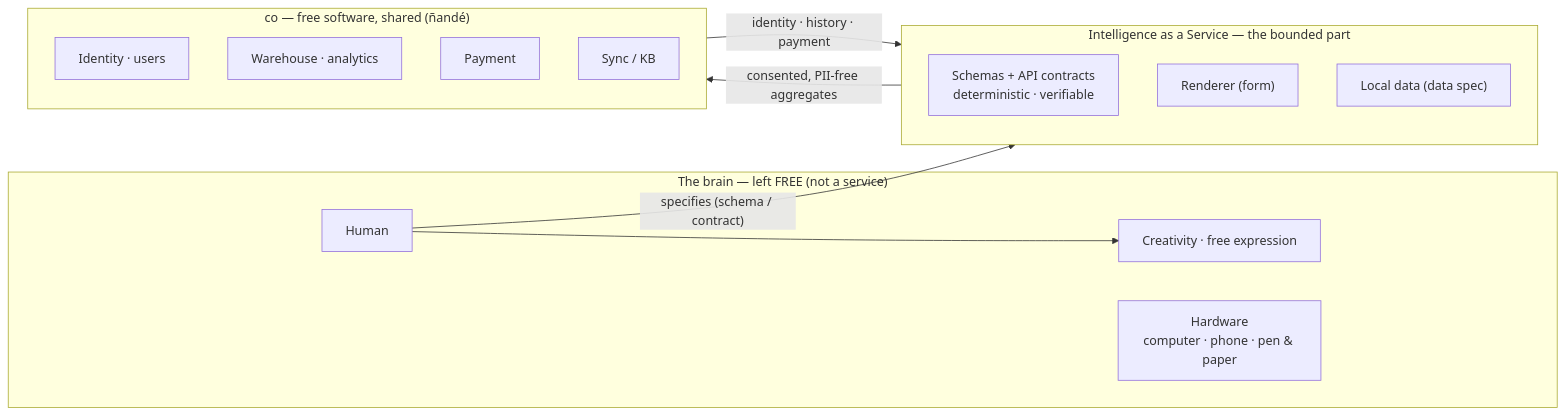
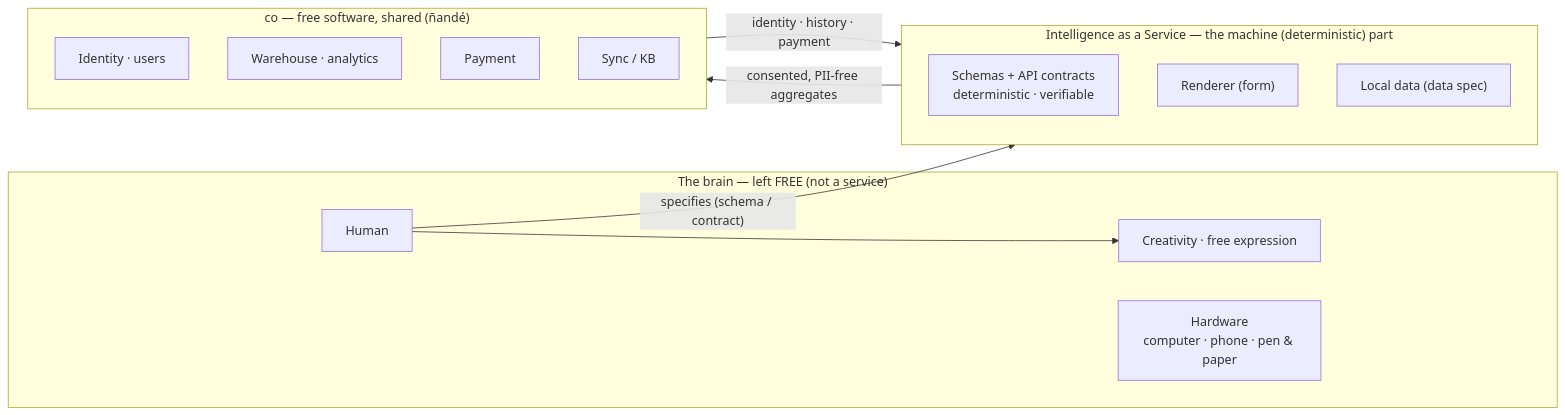
The first of 6 diagrams in docs/intelligence-as-a-service.en.md (artelonga/ArteLonga), drawn with Mermaid before and after one commit. The commit also changed other lines of this file and 4 other files, not shown here.

````diff
--- a/docs/intelligence-as-a-service.en.md
+++ b/docs/intelligence-as-a-service.en.md
@@ -26,23 +26,23 @@
 ```mermaid
 flowchart LR
   subgraph Free["The brain — left FREE (not a service)"]
     H["Human"]
     CR["Creativity · free expression"]
     HW["Hardware<br/>computer · phone · pen & paper"]
   end
-  subgraph Service["Intelligence as a Service — the bounded part"]
+  subgraph Service["Intelligence as a Service — the machine (deterministic) part"]
     SCH["Schemas + API contracts<br/>deterministic · verifiable"]
     R["Renderer (form)"]
     D["Local data (data spec)"]
   end
   subgraph Platform["co — free software, shared (ñandé)"]
     ID["Identity · users"]
     WH["Warehouse · analytics"]
     PAY["Payment"]
     SYNC["Sync / KB"]
   end
   H --> CR
   H -->|"specifies (schema / contract)"| Service
   Service -->|"consented, PII-free aggregates"| Platform
   Platform -->|"identity · history · payment"| Service
 ```
````
